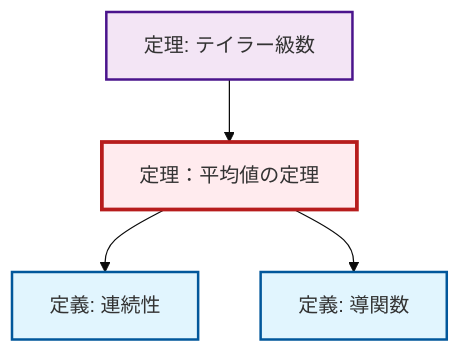
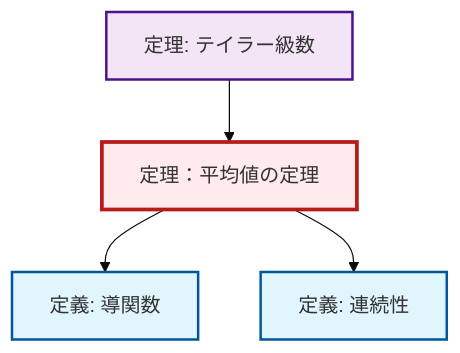
One commit to RK0429/ModernMath changed the diagram in content/ja/analysis/thm-mean-value.qmd. Above: the diagram before and after it, drawn with Mermaid (base theme). The commit also changed other lines of this file and 328 other files, not shown here.

````diff
--- a/content/ja/analysis/thm-mean-value.qmd
+++ b/content/ja/analysis/thm-mean-value.qmd
@@ -80,20 +80,20 @@
 ```{mermaid}
 %%| fig-cap: "ローカル依存関係グラフ"
 graph TD
     classDef definition fill:#e1f5fe,stroke:#01579b,stroke-width:2px
     classDef theorem fill:#f3e5f5,stroke:#4a148c,stroke-width:2px
     classDef axiom fill:#fff3e0,stroke:#e65100,stroke-width:2px
     classDef example fill:#e8f5e9,stroke:#1b5e20,stroke-width:2px
     classDef current fill:#ffebee,stroke:#b71c1c,stroke-width:3px
+    def-derivative["定義: 導関数"]:::definition
     thm-taylor-series["定理: テイラー級数"]:::theorem
     def-continuity["定義: 連続性"]:::definition
     thm-mean-value["定理：平均値の定理"]:::theorem
-    def-derivative["定義: 導関数"]:::definition
+    thm-mean-value --> def-derivative
+    thm-mean-value --> def-continuity
     thm-taylor-series --> thm-mean-value
-    thm-mean-value --> def-continuity
-    thm-mean-value --> def-derivative
     class thm-mean-value current
+    click def-derivative "def-derivative.html" "導関数の定義へ"
     click thm-taylor-series "thm-taylor-series.html" "テイラー級数の定理へ"
     click def-continuity "def-continuity.html" "連続性の定義へ"
-    click def-derivative "def-derivative.html" "導関数の定義へ"
 ```
````
